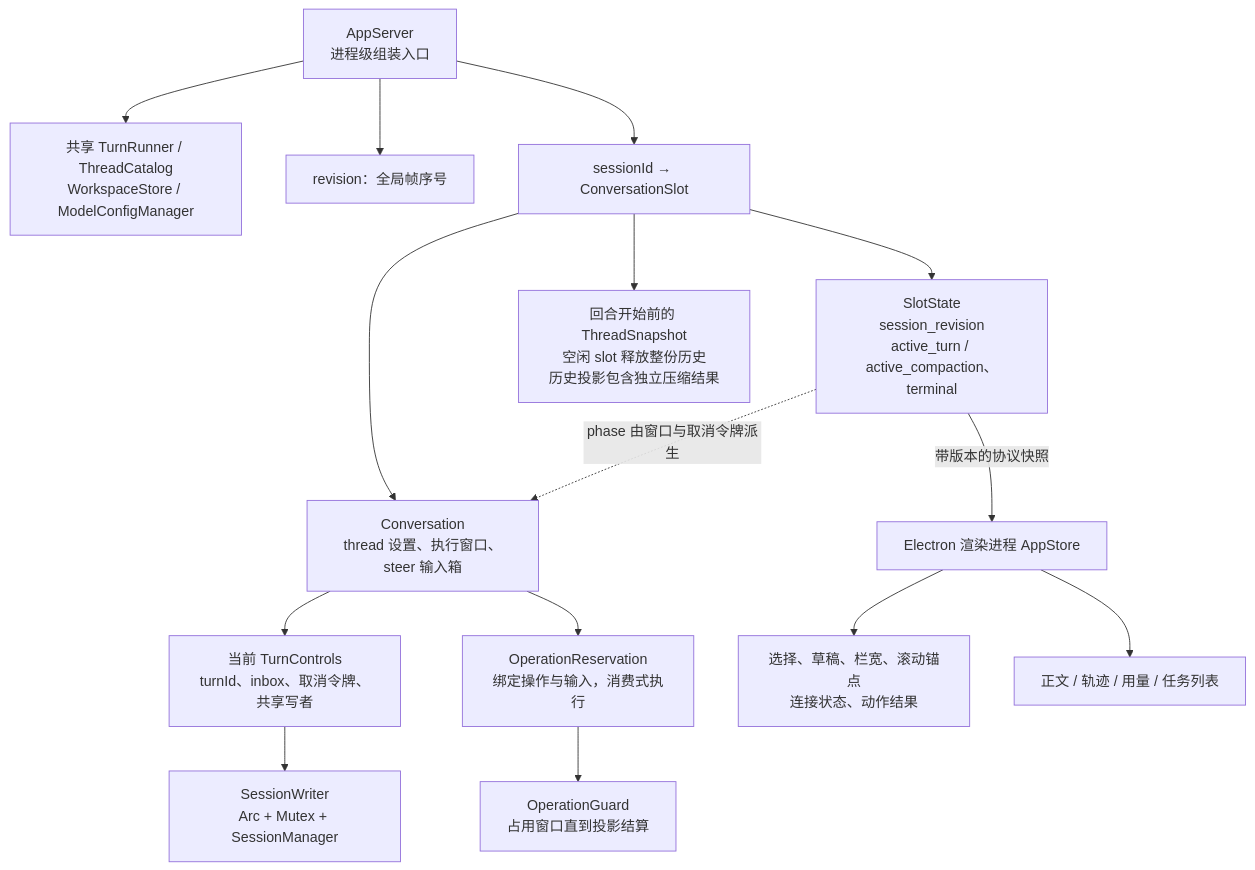
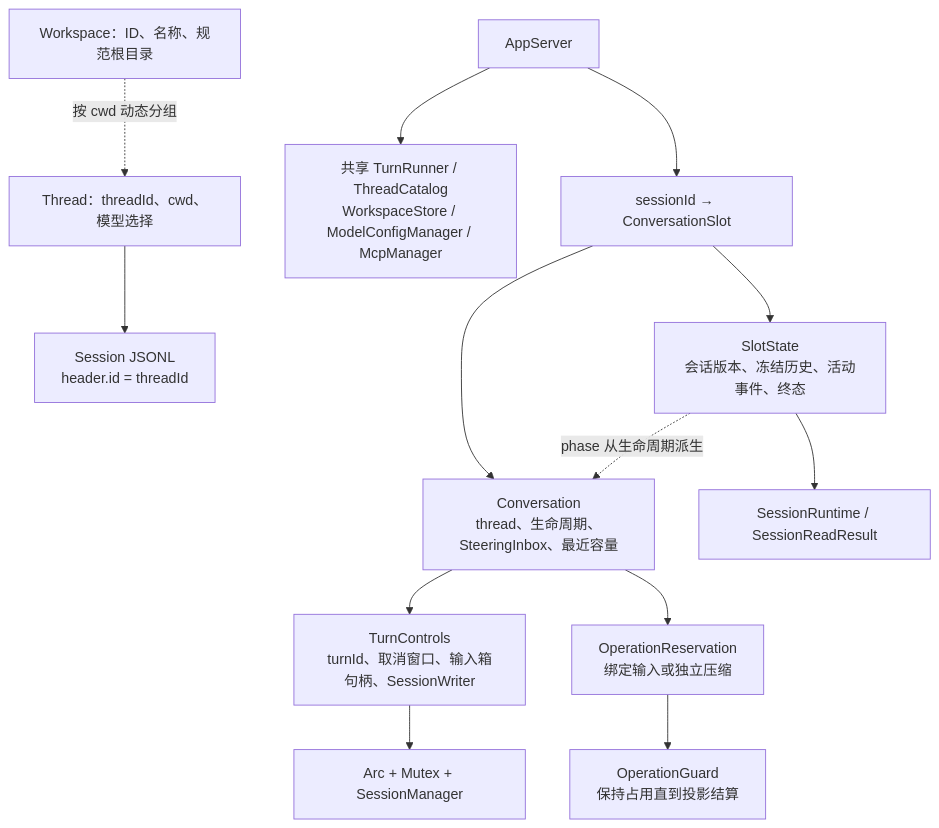
The third of 14 diagrams in docs/architecture.md (qjcnmd/singularity-agent), drawn with Mermaid before and after one commit. The commit also changed other lines of this file and 9 other files, not shown here.

````diff
--- a/docs/architecture.md
+++ b/docs/architecture.md
@@ -137,17 +87,15 @@
 ```mermaid
 flowchart TB
-    WB["AppServer<br/>进程级组装入口"] --> Shared["共享 TurnRunner / ThreadCatalog<br/>WorkspaceStore / ModelConfigManager"]
-    WB --> Order["revision：全局帧序号"]
-    WB --> Slots["sessionId → ConversationSlot"]
-    Slots --> Conv["Conversation<br/>thread 设置、执行窗口、steer 输入箱"]
-    Slots --> Projection["SlotState<br/>session_revision<br/>active_turn / active_compaction、terminal"]
-    Slots --> Stable["回合开始前的 ThreadSnapshot<br/>空闲 slot 释放整份历史<br/>历史投影包含独立压缩结果"]
-    Conv --> Running["当前 TurnControls<br/>turnId、inbox、取消令牌、共享写者"]
-    Conv --> Reservation["OperationReservation<br/>绑定操作与输入，消费式执行"]
-    Reservation --> Guard["OperationGuard<br/>占用窗口直到投影结算"]
-    Running --> Writer["SessionWriter<br/>Arc + Mutex + SessionManager"]
-    Projection -. "phase 由窗口与取消令牌派生" .-> Conv
-    Projection -->|"带版本的协议快照"| Store["Electron 渲染进程 AppStore"]
-    Store --> UIState["选择、草稿、栏宽、滚动锚点<br/>连接状态、动作结果"]
-    Store --> Views["正文 / 轨迹 / 用量 / 任务列表"]
+    Workspace["Workspace：ID、名称、规范根目录"] -. "按 cwd 动态分组" .-> Thread["Thread：threadId、cwd、模型选择"]
+    Thread --> Ledger["Session JSONL<br/>header.id = threadId"]
+    App["AppServer"] --> Shared["共享 TurnRunner / ThreadCatalog<br/>WorkspaceStore / ModelConfigManager / McpManager"]
+    App --> Slot["sessionId → ConversationSlot"]
+    Slot --> Conv["Conversation<br/>thread、生命周期、SteeringInbox、最近容量"]
+    Slot --> Projection["SlotState<br/>会话版本、冻结历史、活动事件、终态"]
+    Conv --> Controls["TurnControls<br/>turnId、取消窗口、输入箱句柄、SessionWriter"]
+    Conv --> Reservation["OperationReservation<br/>绑定输入或独立压缩"]
+    Reservation --> Guard["OperationGuard<br/>保持占用直到投影结算"]
+    Controls --> Writer["Arc + Mutex + SessionManager"]
+    Projection -. "phase 从生命周期派生" .-> Conv
+    Projection --> DTO["SessionRuntime / SessionReadResult"]
 ```
````
